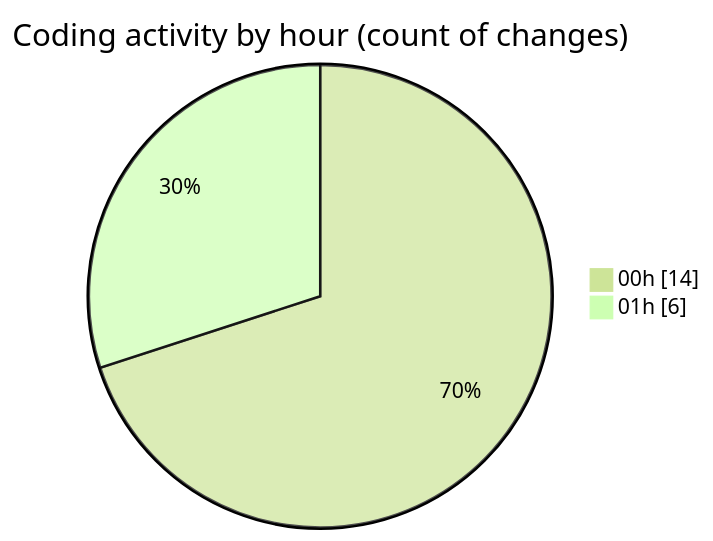
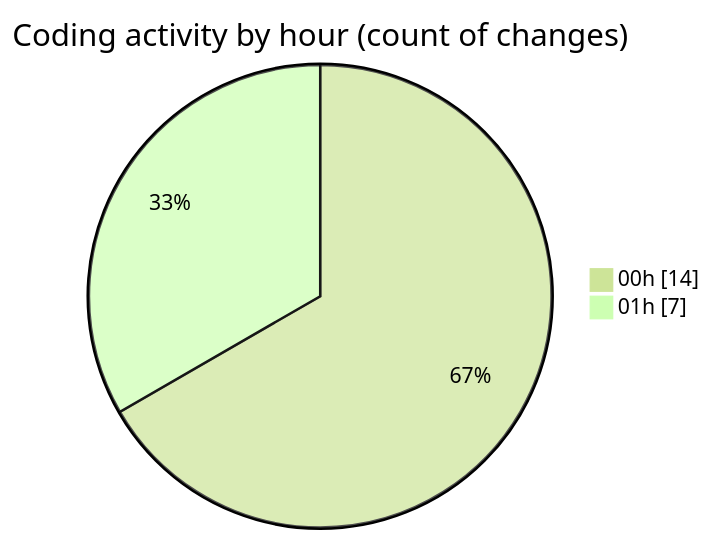
One commit to momahboobian/code-tracking changed the second of 2 diagrams in 2025-01-11/good-pr/README.md. Above: the diagram before and after it, drawn with Mermaid (forest theme). The commit also changed other lines of this file and 1 other file, not shown here.

````diff
--- a/2025-01-11/good-pr/README.md
+++ b/2025-01-11/good-pr/README.md
@@ -40,6 +41,6 @@
 ```mermaid
 pie showData
 title Coding activity by hour (count of changes)
 "00h" : 14
-"01h" : 6
+"01h" : 7
 ```
````
